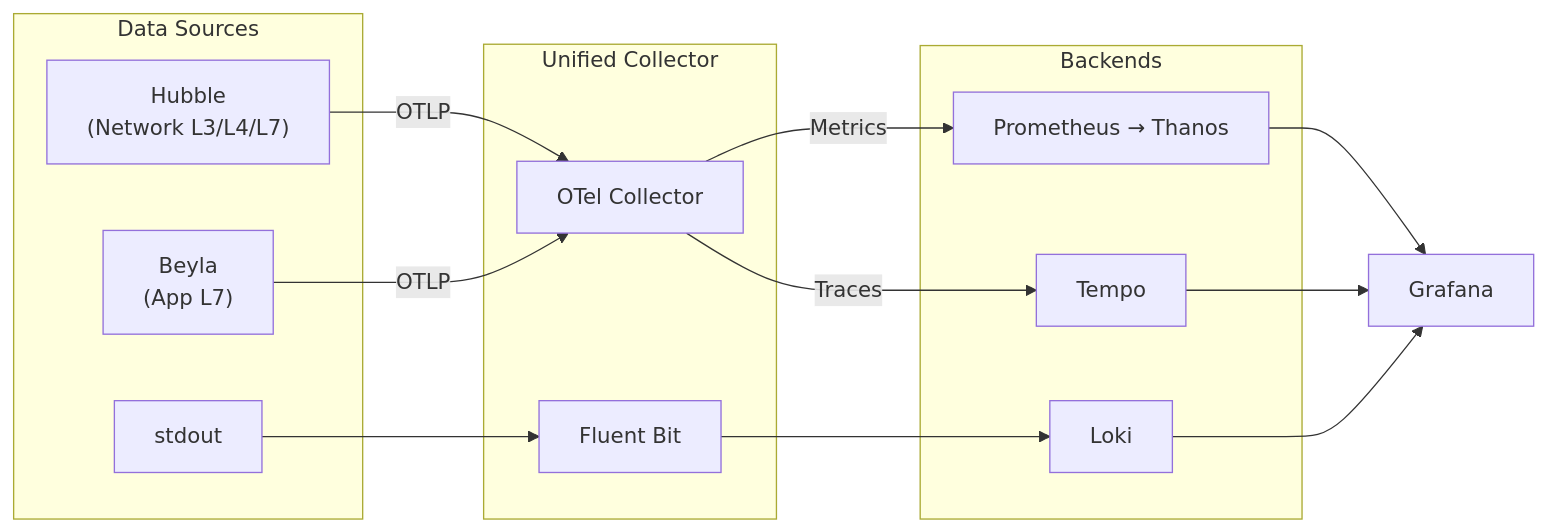
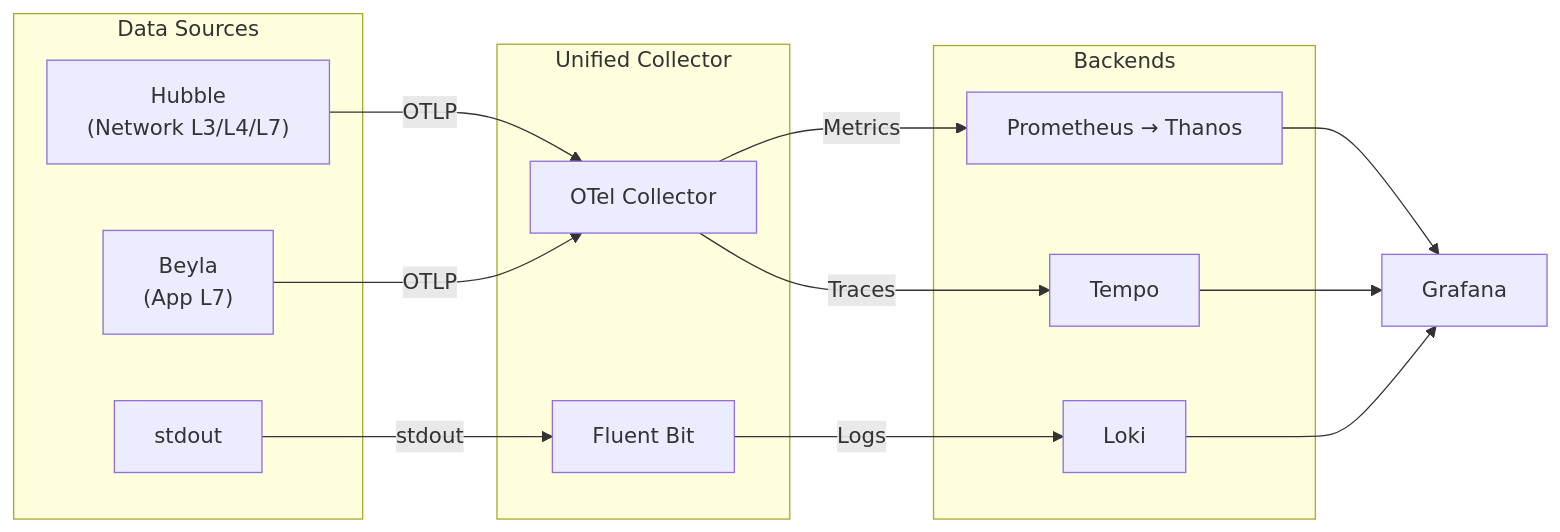
The second of 3 diagrams in kubernetes/README.md (panicboat/platform), drawn with Mermaid before and after one commit. The commit also changed other lines of this file and 9 other files, not shown here.

````diff
--- a/kubernetes/README.md
+++ b/kubernetes/README.md
@@ -70,31 +70,31 @@
 ```mermaid
 flowchart LR
     subgraph Sources["Data Sources"]
         H["Hubble<br/>(Network L3/L4/L7)"]
         B["Beyla<br/>(App L7)"]
         L["stdout"]
     end
 
     subgraph Collector["Unified Collector"]
         OTel["OTel Collector"]
         FB["Fluent Bit"]
     end
 
     subgraph Backends["Backends"]
         P["Prometheus → Thanos"]
         T["Tempo"]
         LO["Loki"]
     end
 
     H -->|OTLP| OTel
     B -->|OTLP| OTel
-    L --> FB
+    L --> |stdout| FB
 
     OTel -->|Metrics| P
     OTel -->|Traces| T
-    FB --> LO
+    FB --> |Logs| LO
 
     P --> Grafana
     T --> Grafana
     LO --> Grafana
 ```
````
